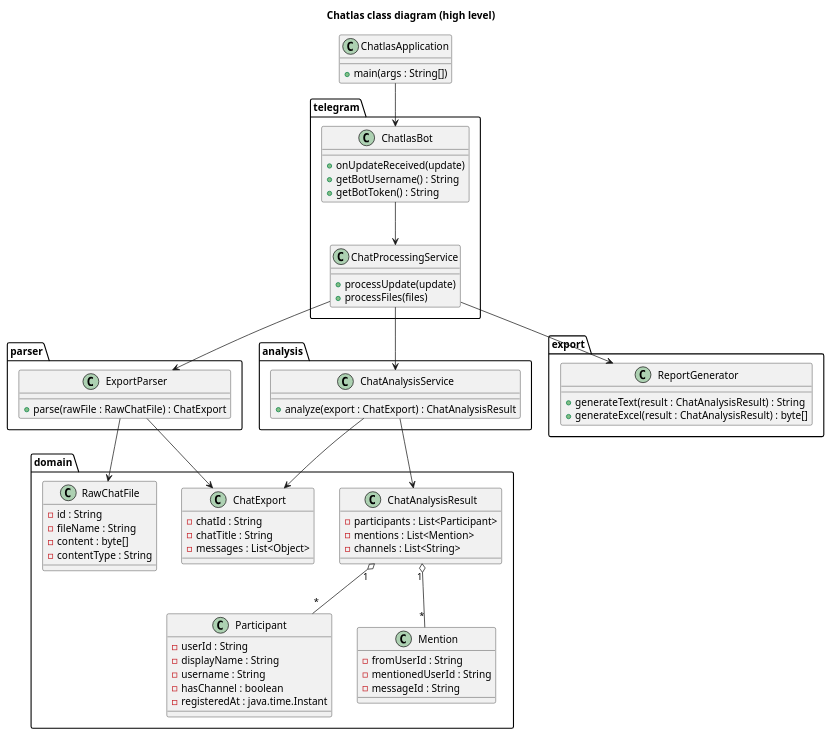
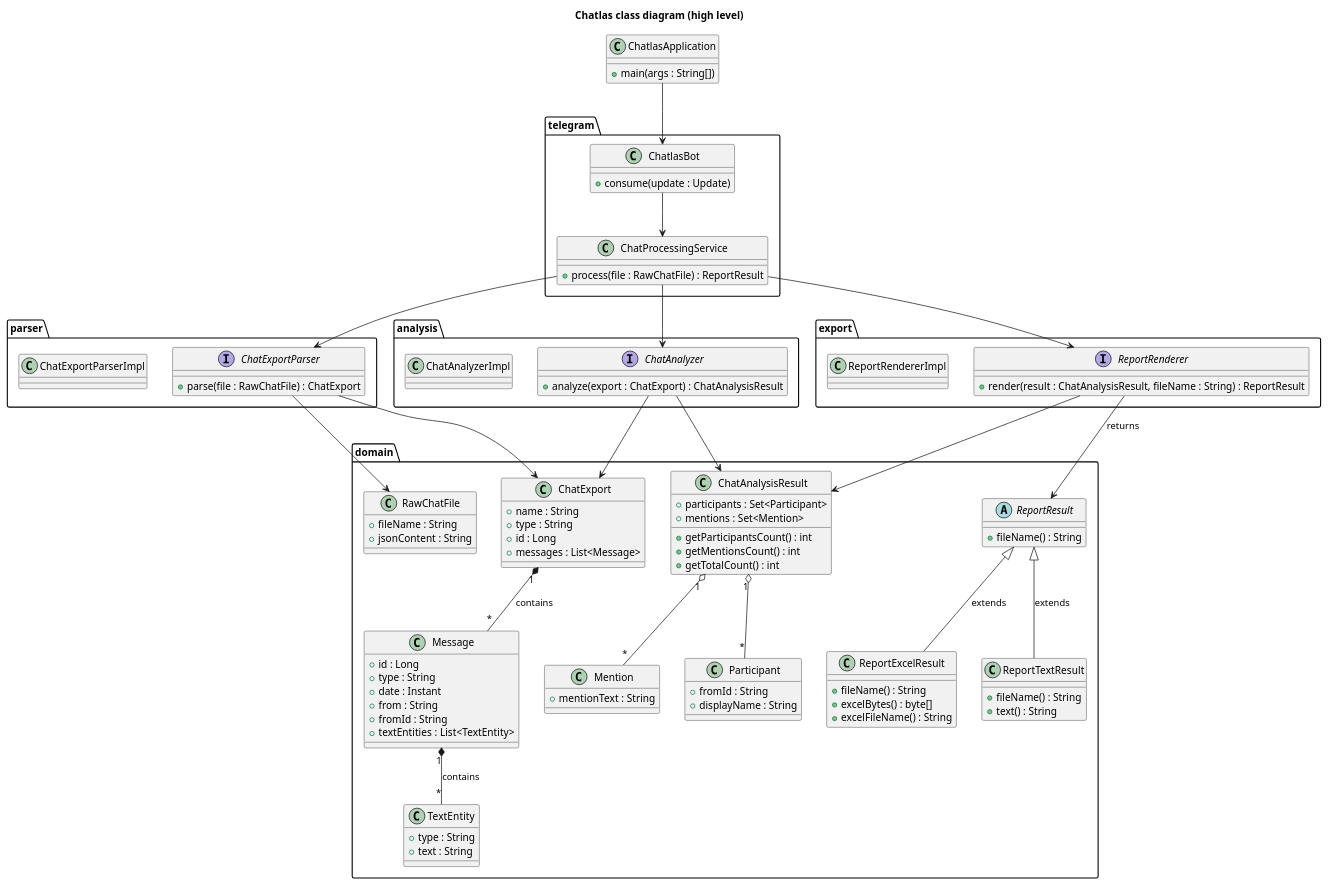
Before and after one commit to vspochernin/chatlas: the diagram in docs/diagrams/domain_model.puml, drawn with PlantUML. The commit also changed 30 other files, not shown here.

```diff
--- a/docs/diagrams/domain_model.puml
+++ b/docs/diagrams/domain_model.puml
@@ -1,92 +1,124 @@
 @startuml domain_model
 title Chatlas class diagram (high level)
 
 package "domain" {
   class RawChatFile {
-    - id : String
-    - fileName : String
-    - content : byte[]
-    - contentType : String
+    + fileName : String
+    + jsonContent : String
   }
 
   class ChatExport {
-    - chatId : String
-    - chatTitle : String
-    - messages : List<Object>
+    + name : String
+    + type : String
+    + id : Long
+    + messages : List<Message>
+  }
+
+  class Message {
+    + id : Long
+    + type : String
+    + date : Instant
+    + from : String
+    + fromId : String
+    + textEntities : List<TextEntity>
+  }
+
+  class TextEntity {
+    + type : String
+    + text : String
   }
 
   class Participant {
-    - userId : String
-    - displayName : String
-    - username : String
-    - hasChannel : boolean
-    - registeredAt : java.time.Instant
+    + fromId : String
+    + displayName : String
   }
 
   class Mention {
-    - fromUserId : String
-    - mentionedUserId : String
-    - messageId : String
+    + mentionText : String
   }
 
   class ChatAnalysisResult {
-    - participants : List<Participant>
-    - mentions : List<Mention>
-    - channels : List<String>
+    + participants : Set<Participant>
+    + mentions : Set<Mention>
+    + getParticipantsCount() : int
+    + getMentionsCount() : int
+    + getTotalCount() : int
+  }
+
+  abstract class ReportResult {
+    + fileName() : String
+  }
+
+  class ReportTextResult {
+    + fileName() : String
+    + text() : String
+  }
+
+  class ReportExcelResult {
+    + fileName() : String
+    + excelBytes() : byte[]
+    + excelFileName() : String
   }
 }
 
 package "telegram" {
   class ChatlasBot {
-    +onUpdateReceived(update)
-    +getBotUsername() : String
-    +getBotToken() : String
+    +consume(update : Update)
   }
 
   class ChatProcessingService {
-    +processUpdate(update)
-    +processFiles(files)
+    +process(file : RawChatFile) : ReportResult
   }
 }
 
 package "parser" {
-  class ExportParser {
-    +parse(rawFile : RawChatFile) : ChatExport
+  interface ChatExportParser {
+    +parse(file : RawChatFile) : ChatExport
   }
+  class ChatExportParserImpl
 }
 
 package "analysis" {
-  class ChatAnalysisService {
+  interface ChatAnalyzer {
     +analyze(export : ChatExport) : ChatAnalysisResult
   }
+  class ChatAnalyzerImpl
 }
 
 package "export" {
-  class ReportGenerator {
-    +generateText(result : ChatAnalysisResult) : String
-    +generateExcel(result : ChatAnalysisResult) : byte[]
+  interface ReportRenderer {
+    +render(result : ChatAnalysisResult, fileName : String) : ReportResult
   }
+  class ReportRendererImpl
 }
 
 class ChatlasApplication {
   +main(args : String[])
 }
 
 ' Связи между классами
 
 ChatlasApplication --> ChatlasBot
 ChatlasBot --> ChatProcessingService
 
-ChatProcessingService --> ExportParser
-ChatProcessingService --> ChatAnalysisService
-ChatProcessingService --> ReportGenerator
+ChatProcessingService --> ChatExportParser
+ChatProcessingService --> ChatAnalyzer
+ChatProcessingService --> ReportRenderer
 
-ExportParser --> RawChatFile
-ExportParser --> ChatExport
+ChatExportParser --> RawChatFile
+ChatExportParser --> ChatExport
 
-ChatAnalysisService --> ChatExport
-ChatAnalysisService --> ChatAnalysisResult
+ChatExport "1" *-- "*" Message : contains
+Message "1" *-- "*" TextEntity : contains
+
+ChatAnalyzer --> ChatExport
+ChatAnalyzer --> ChatAnalysisResult
 ChatAnalysisResult "1" o-- "*" Participant
 ChatAnalysisResult "1" o-- "*" Mention
 
+ReportRenderer --> ChatAnalysisResult
+ReportRenderer --> ReportResult : returns
+ReportResult <|-- ReportTextResult : extends
+ReportResult <|-- ReportExcelResult : extends
+
 @enduml
```
